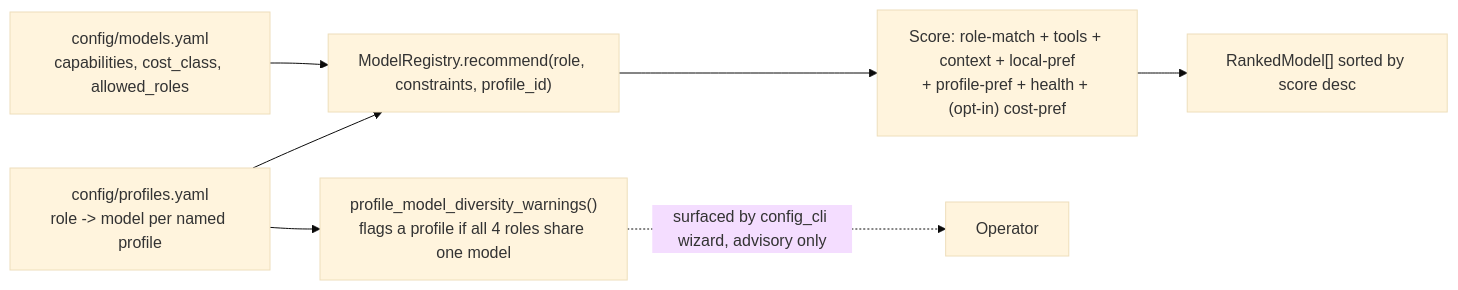
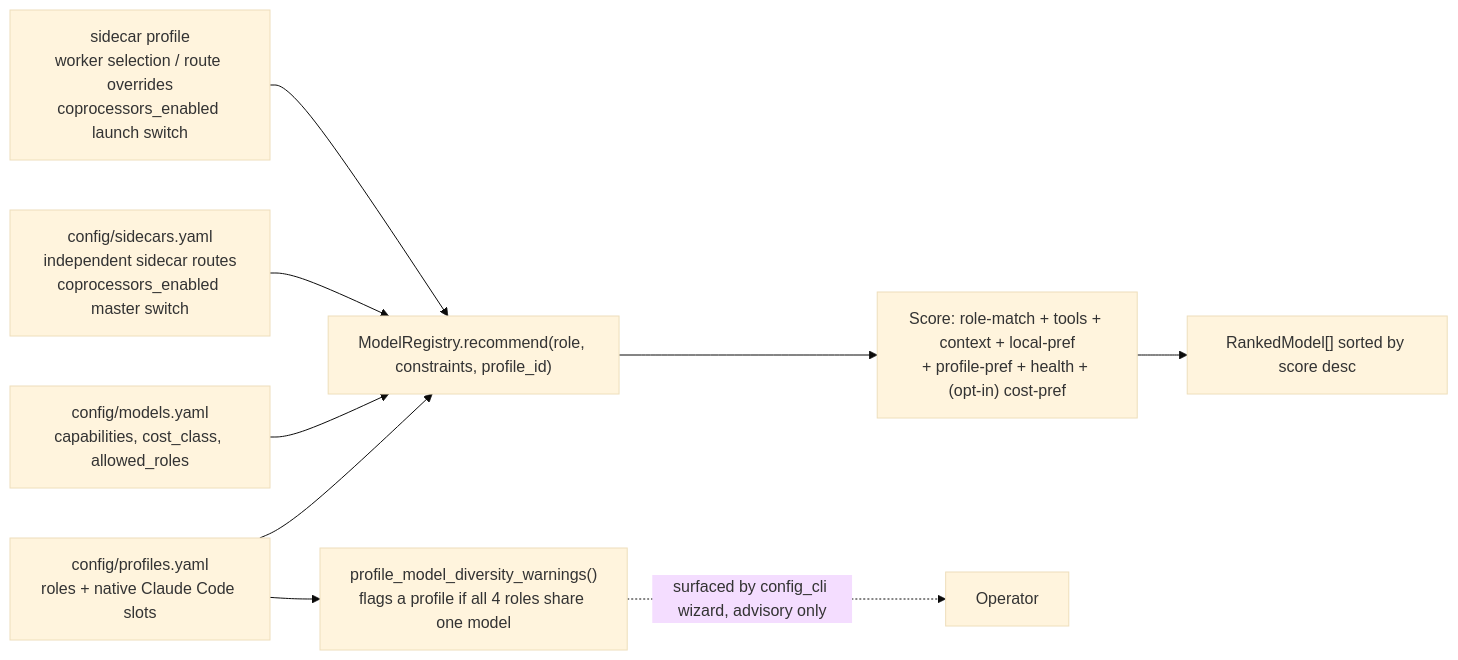
One commit to B-A-M-N/ClaudeBrigade changed the ninth of 17 diagrams in UML_DIAGRAMS.md. Above: the diagram before and after it, drawn with Mermaid (base theme). The commit also changed other lines of this file and 60 other files, not shown here.

First line of the commit message:
feat: certification gates, dispatch filtering, provider config, and status CLI

````diff
--- a/UML_DIAGRAMS.md
+++ b/UML_DIAGRAMS.md
@@ -281,15 +371,19 @@
 ```mermaid
 graph LR
-    Profiles["config/profiles.yaml<br/>role -> model per named profile"]
+    Profiles["config/profiles.yaml<br/>roles + native Claude Code slots"]
     Models["config/models.yaml<br/>capabilities, cost_class, allowed_roles"]
+    Sidecars["config/sidecars.yaml<br/>independent sidecar routes<br/>coprocessors_enabled master switch"]
+    SidecarProfiles["sidecar profile<br/>worker selection / route overrides<br/>coprocessors_enabled launch switch"]
     Reg["ModelRegistry.recommend(role, constraints, profile_id)"]
     Score["Score: role-match + tools + context + local-pref<br/>+ profile-pref + health + (opt-in) cost-pref"]
     Diag["profile_model_diversity_warnings()<br/>flags a profile if all 4 roles share one model"]
 
     Profiles --> Reg
     Models --> Reg
+    Sidecars --> Reg
+    SidecarProfiles --> Reg
     Reg --> Score
     Score --> Ranked["RankedModel[] sorted by score desc"]
-    Profiles --> Diag
-    Diag -.->|surfaced by config_cli wizard, advisory only| Operator["Operator"]
+Profiles --> Diag
+Diag -.->|surfaced by config_cli wizard, advisory only| Operator["Operator"]
 ```
````
